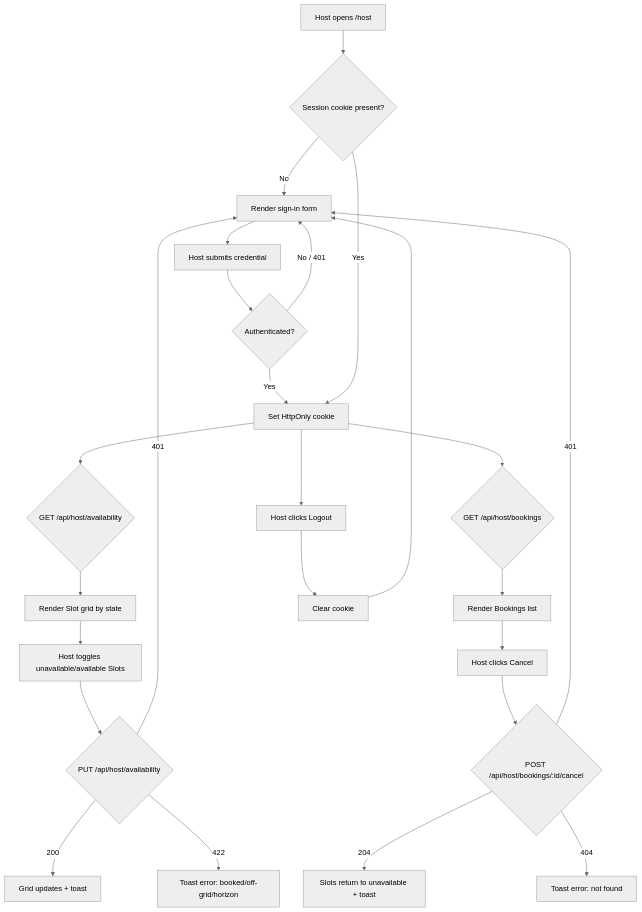
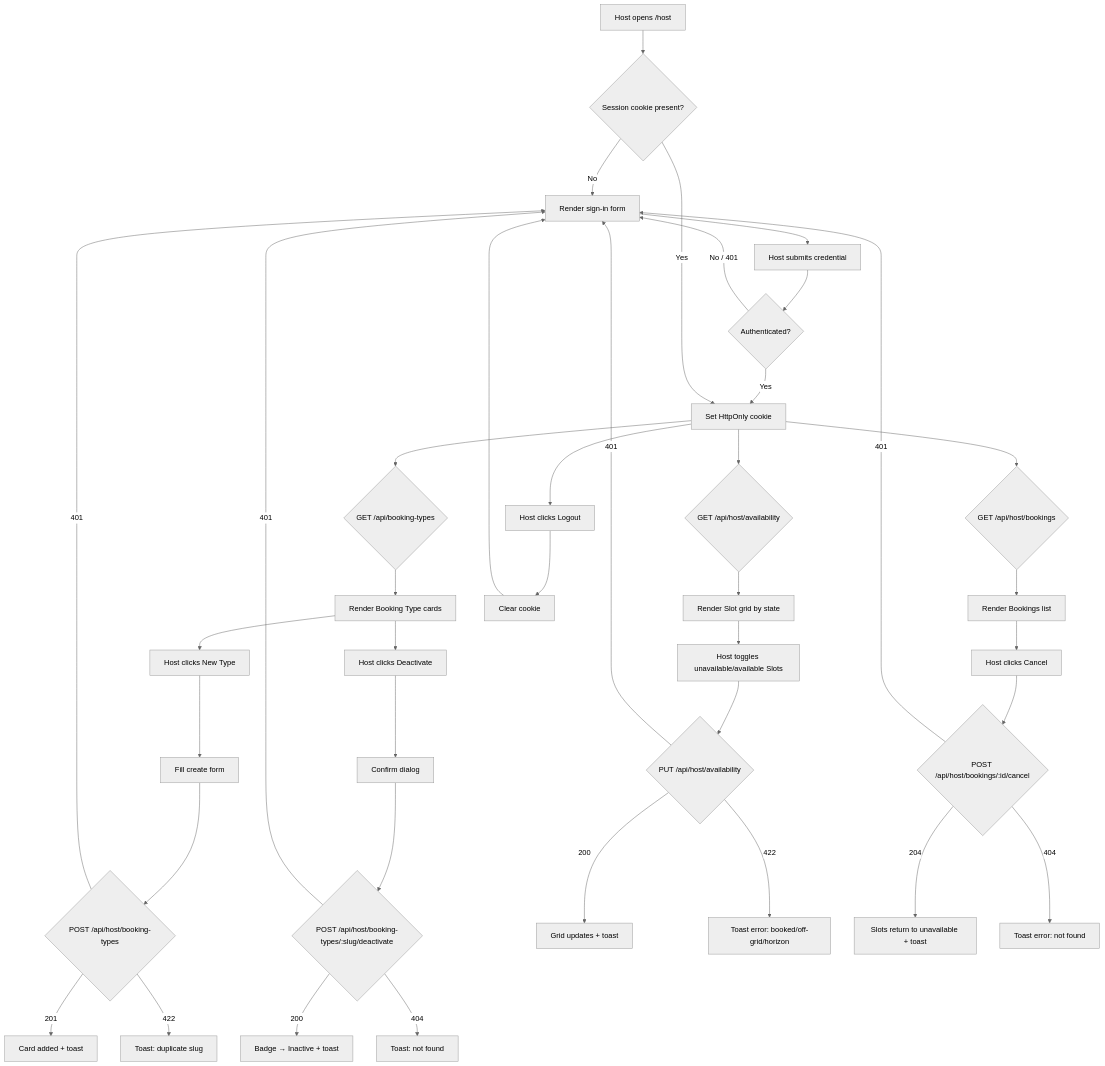
One commit to sunlazor/ai-for-developers-project-386 changed the diagram in docs/host-flow.md. Above: the diagram before and after it, drawn with Mermaid (neutral theme). The commit also changed other lines of this file, not shown here.

Commit message:
Update host-flow.md with managing booking type

````diff
--- a/docs/host-flow.md
+++ b/docs/host-flow.md
@@ -129,29 +165,45 @@
 ```mermaid
 flowchart TD
     A[Host opens /host] --> B{Session cookie present?}
     B -->|No| C[Render sign-in form]
     C --> D[Host submits credential]
     D --> E{Authenticated?}
     E -->|No / 401| C
     E -->|Yes| F[Set HttpOnly cookie]
     B -->|Yes| F
-    F --> G{GET /api/host/availability}
+    F --> G1{GET /api/booking-types}
+    F --> G2{GET /api/host/availability}
     F --> H{GET /api/host/bookings}
-    G --> I[Render Slot grid by state]
+    G1 --> I0[Render Booking Type cards]
+    G2 --> I[Render Slot grid by state]
     H --> J[Render Bookings list]
+
+    I0 --> K0[Host clicks New Type]
+    K0 --> L0[Fill create form]
+    L0 --> M0{POST /api/host/booking-types}
+    M0 -->|201| N0[Card added + toast]
+    M0 -->|422| O0[Toast: duplicate slug]
+    M0 -->|401| C
+
+    I0 --> P0[Host clicks Deactivate]
+    P0 --> Q0[Confirm dialog]
+    Q0 --> R0{POST /api/host/booking-types/:slug/deactivate}
+    R0 -->|200| S0[Badge → Inactive + toast]
+    R0 -->|404| T0[Toast: not found]
+    R0 -->|401| C
 
     I --> K[Host toggles unavailable/available Slots]
     K --> L{PUT /api/host/availability}
     L -->|200| M[Grid updates + toast]
     L -->|422| N[Toast error: booked/off-grid/horizon]
     L -->|401| C
 
     J --> O[Host clicks Cancel]
     O --> P{POST /api/host/bookings/:id/cancel}
     P -->|204| Q[Slots return to unavailable + toast]
     P -->|404| R[Toast error: not found]
     P -->|401| C
 
     F --> S[Host clicks Logout]
     S --> T[Clear cookie] --> C
 ```
````
